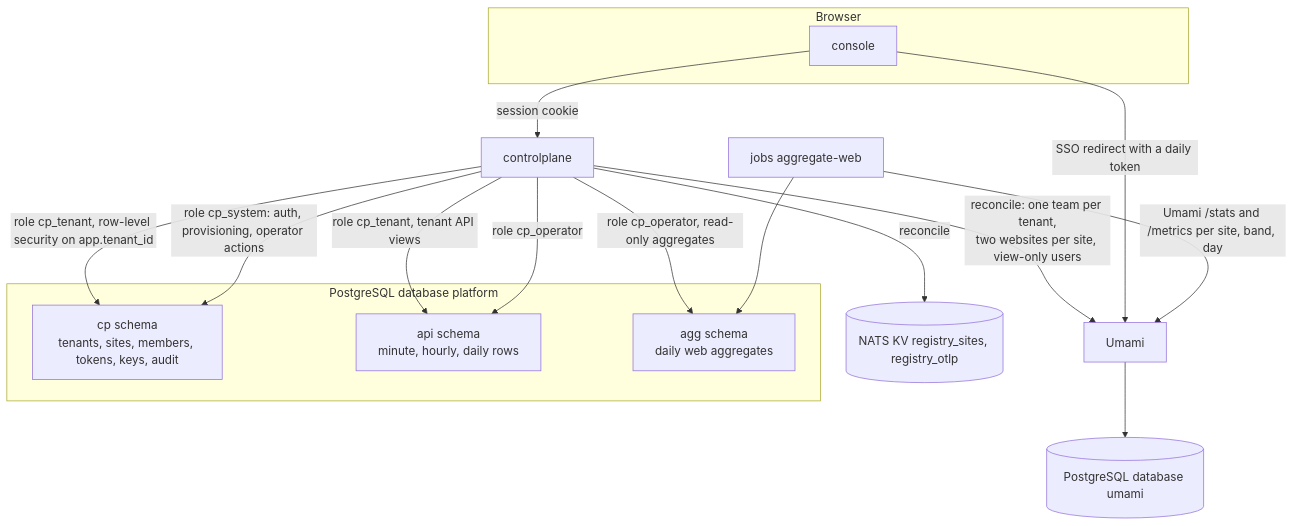
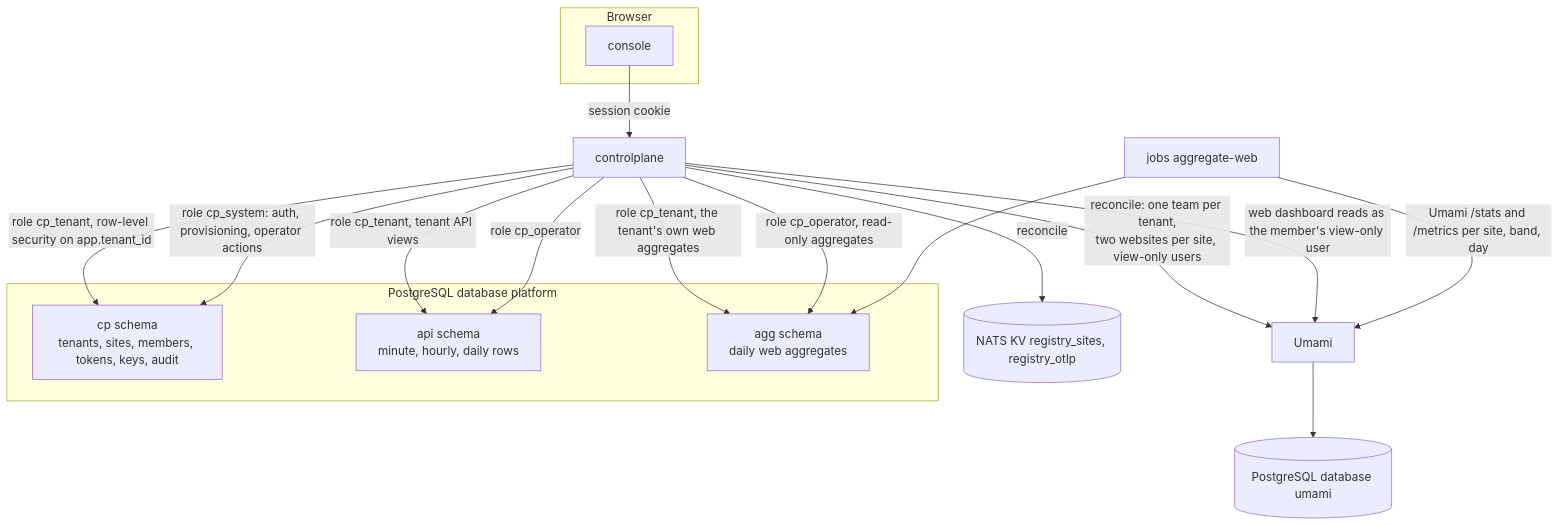
The fourth of 5 diagrams in docs/architecture.md (justmert/veristar), drawn with Mermaid before and after one commit. The commit also changed other lines of this file and 24 other files, not shown here.

Commit message:
update onboarding, deploy, runbooks and handover for the console web dashboard

````diff
--- a/docs/architecture.md
+++ b/docs/architecture.md
@@ -185,29 +186,30 @@
 ```mermaid
 flowchart TB
   subgraph browser["Browser"]
     con["console"]
   end
   cp["controlplane"]
   subgraph platform["PostgreSQL database platform"]
     cpschema["cp schema<br/>tenants, sites, members, tokens, keys, audit"]
     apischema["api schema<br/>minute, hourly, daily rows"]
     aggschema["agg schema<br/>daily web aggregates"]
   end
   umamidb[("PostgreSQL database umami")]
   umami["Umami"]
   nats[("NATS KV registry_sites, registry_otlp")]
   jobs["jobs aggregate-web"]
 
   con -- "session cookie" --> cp
   cp -- "role cp_tenant, row-level security on app.tenant_id" --> cpschema
+  cp -- "role cp_tenant, the tenant's own web aggregates" --> aggschema
   cp -- "role cp_tenant, tenant API views" --> apischema
   cp -- "role cp_operator, read-only aggregates" --> aggschema
   cp -- "role cp_operator" --> apischema
   cp -- "role cp_system: auth, provisioning, operator actions" --> cpschema
   cp -- "reconcile: one team per tenant,<br/>two websites per site, view-only users" --> umami
   cp -- "reconcile" --> nats
-  con -- "SSO redirect with a daily token" --> umami
+  cp -- "web dashboard reads as the member's view-only user" --> umami
   umami --> umamidb
   jobs -- "Umami /stats and /metrics per site, band, day" --> umami
   jobs --> aggschema
 ```
````
